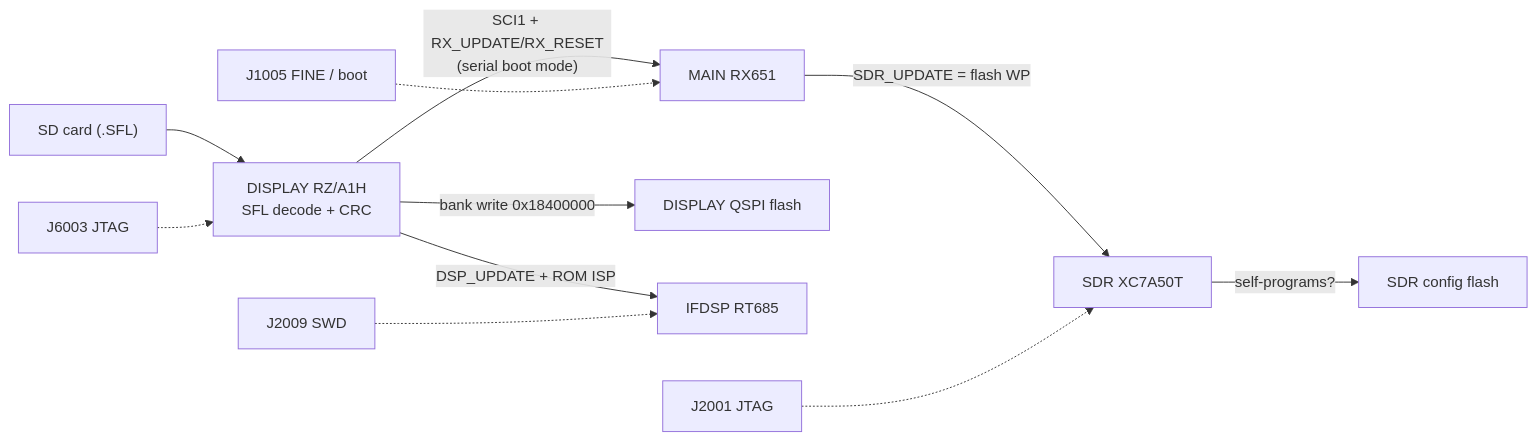
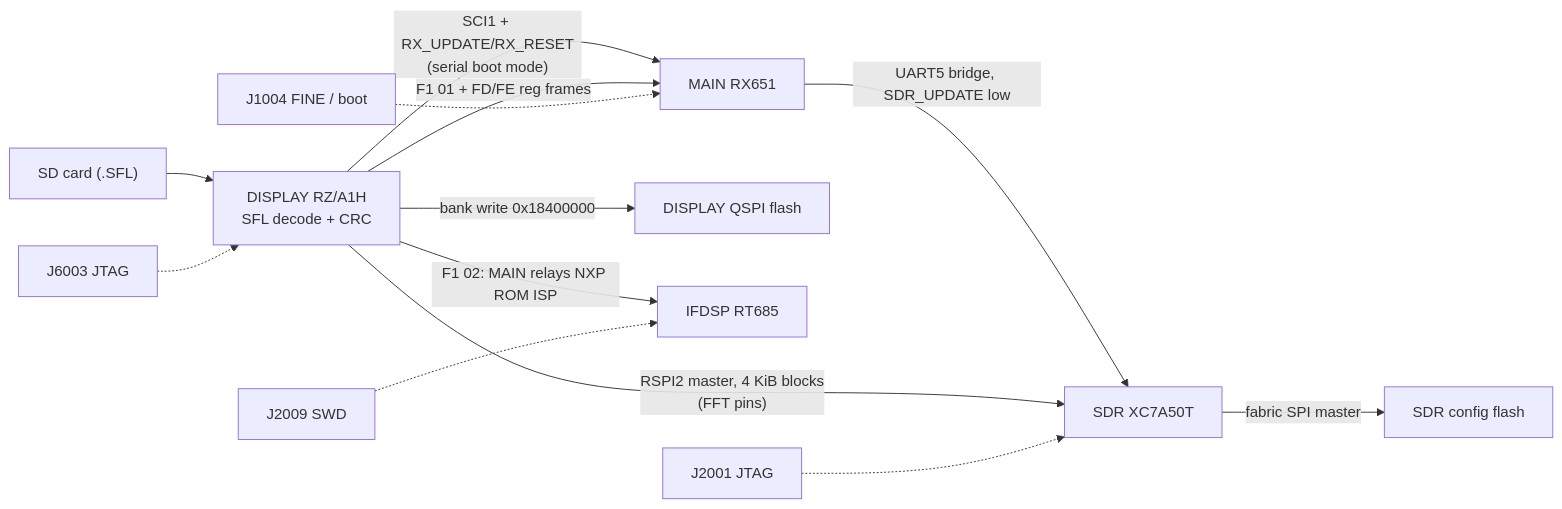
One commit to Reid-n0rc/FT-710_Firmware changed the diagram in docs/custom-firmware.md. Above: the diagram before and after it, drawn with Mermaid. The commit also changed other lines of this file and 5 other files, not shown here.

````diff
--- a/docs/custom-firmware.md
+++ b/docs/custom-firmware.md
@@ -26,13 +26,15 @@
 ```mermaid
 flowchart LR
   SD["SD card (.SFL)"] --> D["DISPLAY RZ/A1H<br/>SFL decode + CRC"]
   D -- "SCI1 + RX_UPDATE/RX_RESET<br/>(serial boot mode)" --> M["MAIN RX651"]
   D -- "bank write 0x18400000" --> DF["DISPLAY QSPI flash"]
-  D -- "DSP_UPDATE + ROM ISP" --> I["IFDSP RT685"]
-  M -- "SDR_UPDATE = flash WP" --> S["SDR XC7A50T"]
-  S -- "self-programs?" --> SF["SDR config flash"]
-  J1["J1005 FINE / boot"] -.-> M
+  D -- "F1 02: MAIN relays NXP ROM ISP" --> I["IFDSP RT685"]
+  D -- "F1 01 + FD/FE reg frames" --> M
+  M -- "UART5 bridge, SDR_UPDATE low" --> S["SDR XC7A50T"]
+  D -- "RSPI2 master, 4 KiB blocks<br/>(FFT pins)" --> S
+  S -- "fabric SPI master" --> SF["SDR config flash"]
+  J1["J1004 FINE / boot"] -.-> M
   J2["J6003 JTAG"] -.-> D
   J3["J2009 SWD"] -.-> I
   J4["J2001 JTAG"] -.-> S
 ```
````
